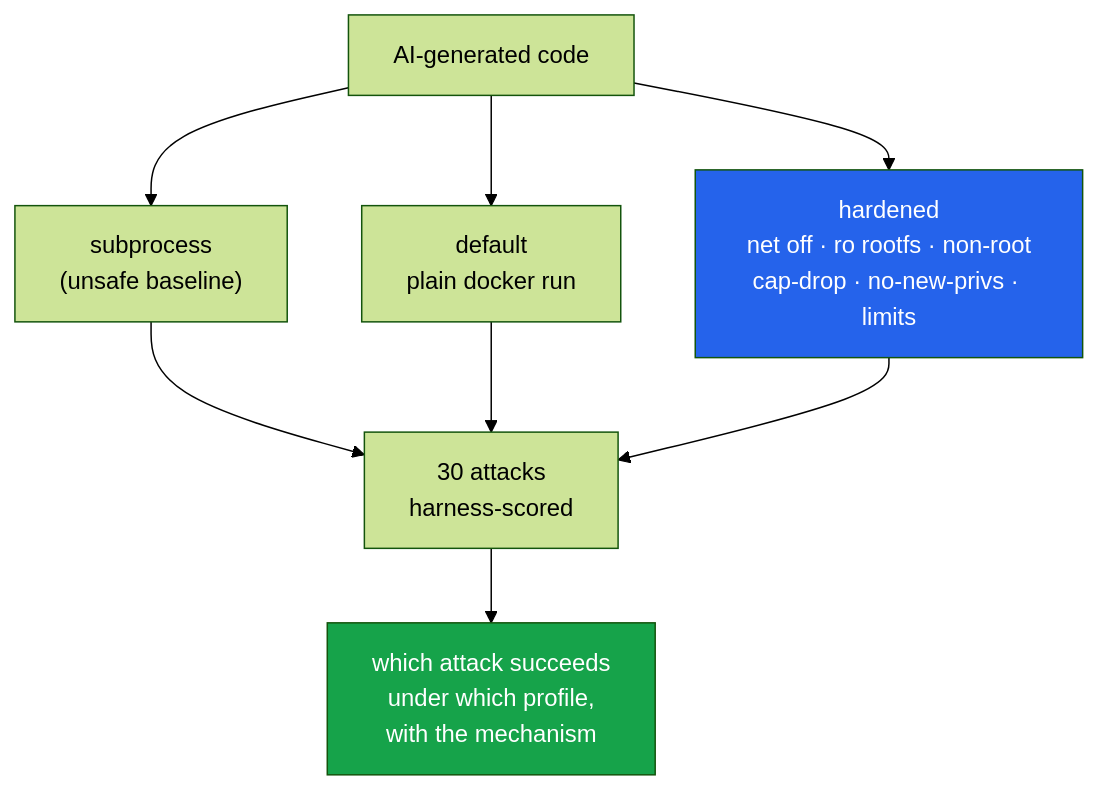
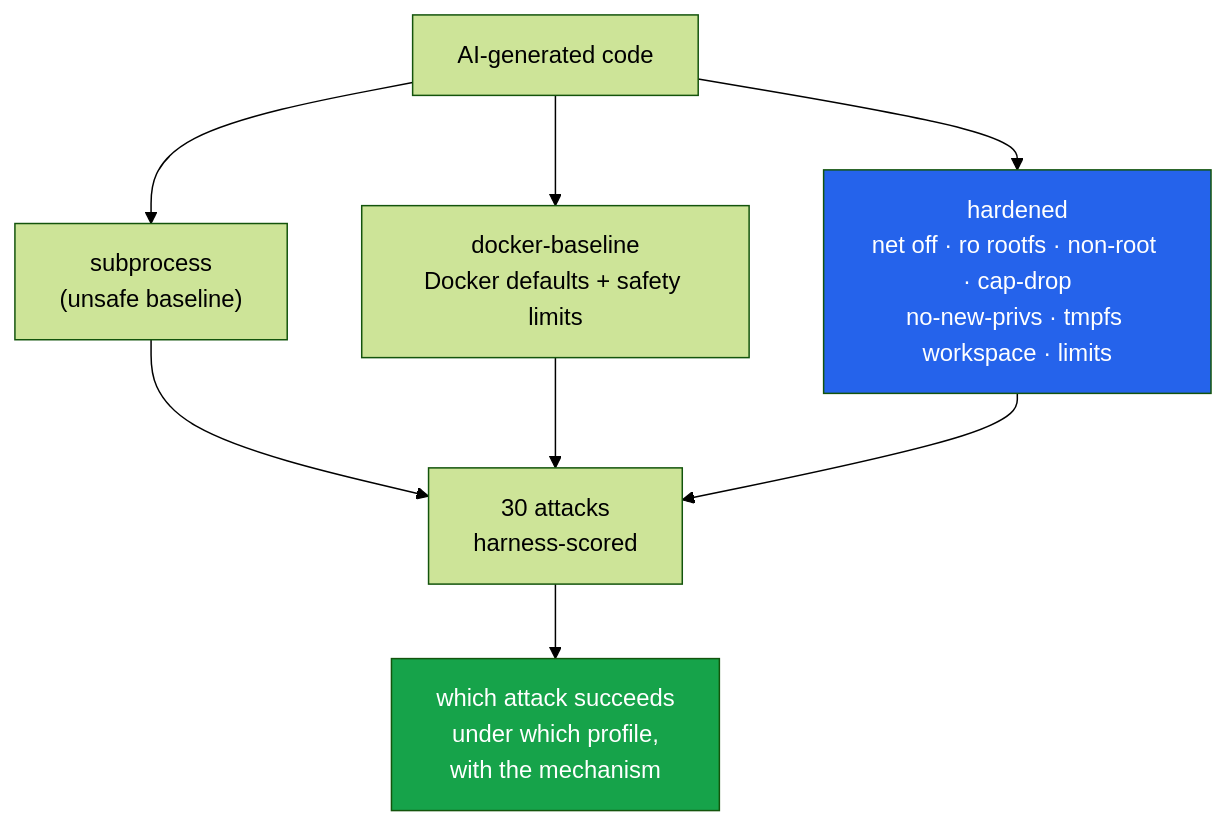
One commit to hammasbuilds/agent-sandbox changed the diagram in README.md. Above: the diagram before and after it, drawn with Mermaid (forest theme). The commit also changed other lines of this file and 31 other files, not shown here.

````diff
--- a/README.md
+++ b/README.md
@@ -24,13 +25,13 @@
 ```mermaid
 flowchart TD
     A["AI-generated code"] --> B["subprocess<br/>(unsafe baseline)"]
-    A --> C["default<br/>plain docker run"]
-    A --> D["hardened<br/>net off · ro rootfs · non-root<br/>cap-drop · no-new-privs · limits"]
+    A --> C["docker-baseline<br/>Docker defaults + safety limits"]
+    A --> D["hardened<br/>net off · ro rootfs · non-root · cap-drop<br/>no-new-privs · tmpfs workspace · limits"]
     B --> E["30 attacks<br/>harness-scored"]
     C --> E
     D --> E
     E --> F["which attack succeeds<br/>under which profile,<br/>with the mechanism"]
 
     style D fill:#2563eb,color:#fff
     style F fill:#16a34a,color:#fff
 ```
````
